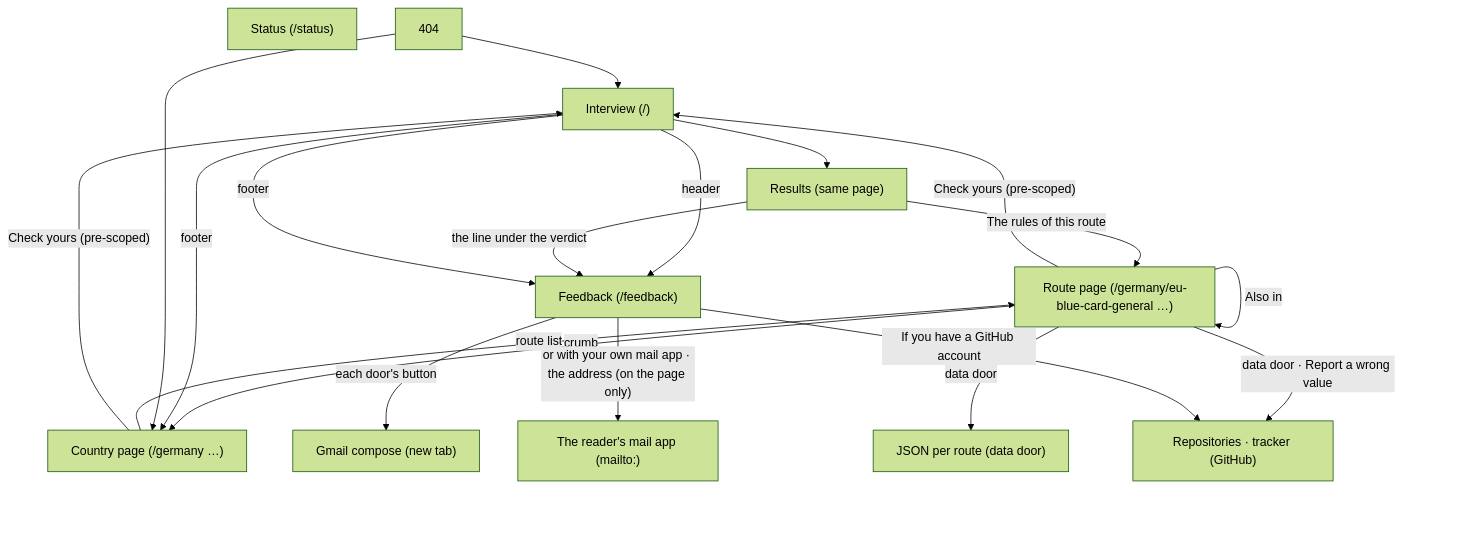
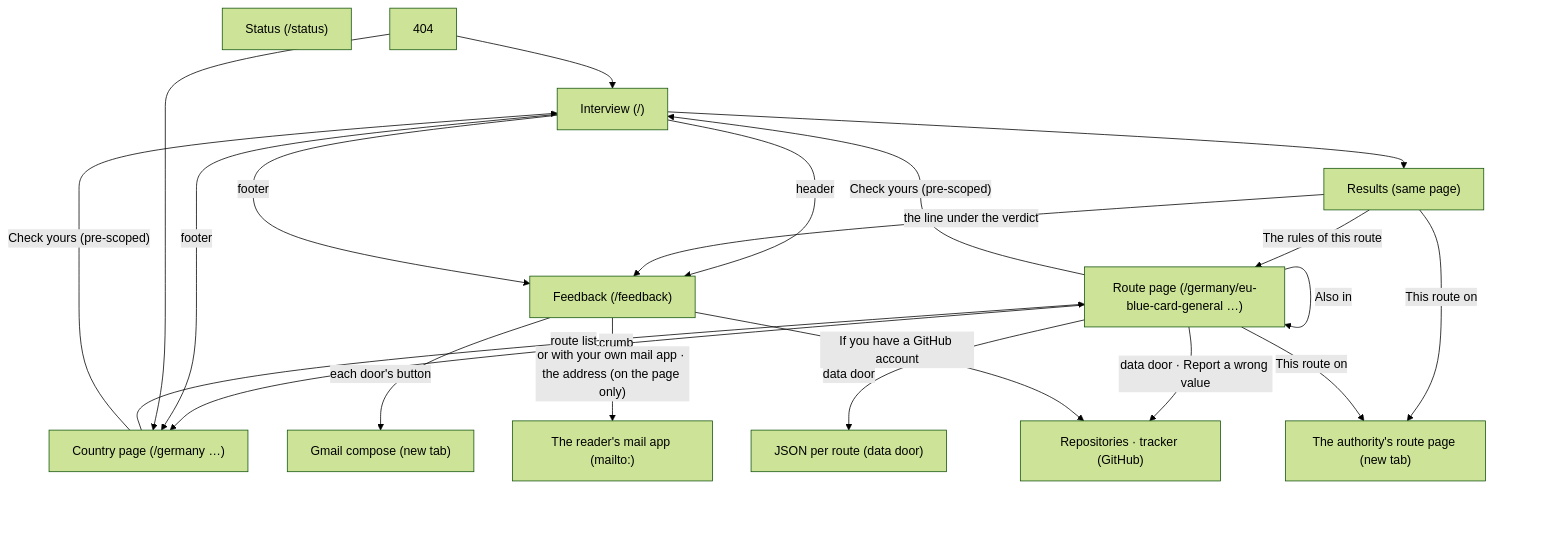
One commit to OytunOnal/permit-rulebook changed the first of 2 diagrams in docs/roadkeeper/design/site-map.md. Above: the diagram before and after it, drawn with Mermaid (forest theme).

Commit message:
Site map: the result cards and route pages leave for the authority's own route page in a new tab ("This route on <host>", #401) (Q157)

````diff
--- a/docs/roadkeeper/design/site-map.md
+++ b/docs/roadkeeper/design/site-map.md
@@ -12,33 +12,36 @@
 ```mermaid
 flowchart TB
     Home["Interview (/)"]
     Results["Results (same page)"]
     Country["Country page (/germany …)"]
     Route["Route page (/germany/eu-blue-card-general …)"]
     Status["Status (/status)"]
     NotFound["404"]
     Feedback["Feedback (/feedback)"]
     Gmail["Gmail compose (new tab)"]
     Mail["The reader's mail app (mailto:)"]
     Data["JSON per route (data door)"]
     Repo["Repositories · tracker (GitHub)"]
+    Authority["The authority's route page (new tab)"]
 
     Home --> Results
     Results -->|"The rules of this route"| Route
+    Results -->|"This route on <host>"| Authority
+    Route -->|"This route on <host>"| Authority
     Route -->|"Check yours (pre-scoped)"| Home
     Route -->|"Also in <country>"| Route
     Route -->|"crumb"| Country
     Country -->|"route list"| Route
     Country -->|"Check yours (pre-scoped)"| Home
     Home -->|"footer"| Country
     NotFound --> Home
     NotFound --> Country
     Route -->|"data door"| Data
     Route -->|"data door · Report a wrong value"| Repo
     Home -->|"header"| Feedback
     Results -->|"the line under the verdict"| Feedback
     Home -->|"footer"| Feedback
     Feedback -->|"each door's button"| Gmail
     Feedback -->|"or with your own mail app · the address (on the page only)"| Mail
     Feedback -->|"If you have a GitHub account"| Repo
 ```
````
